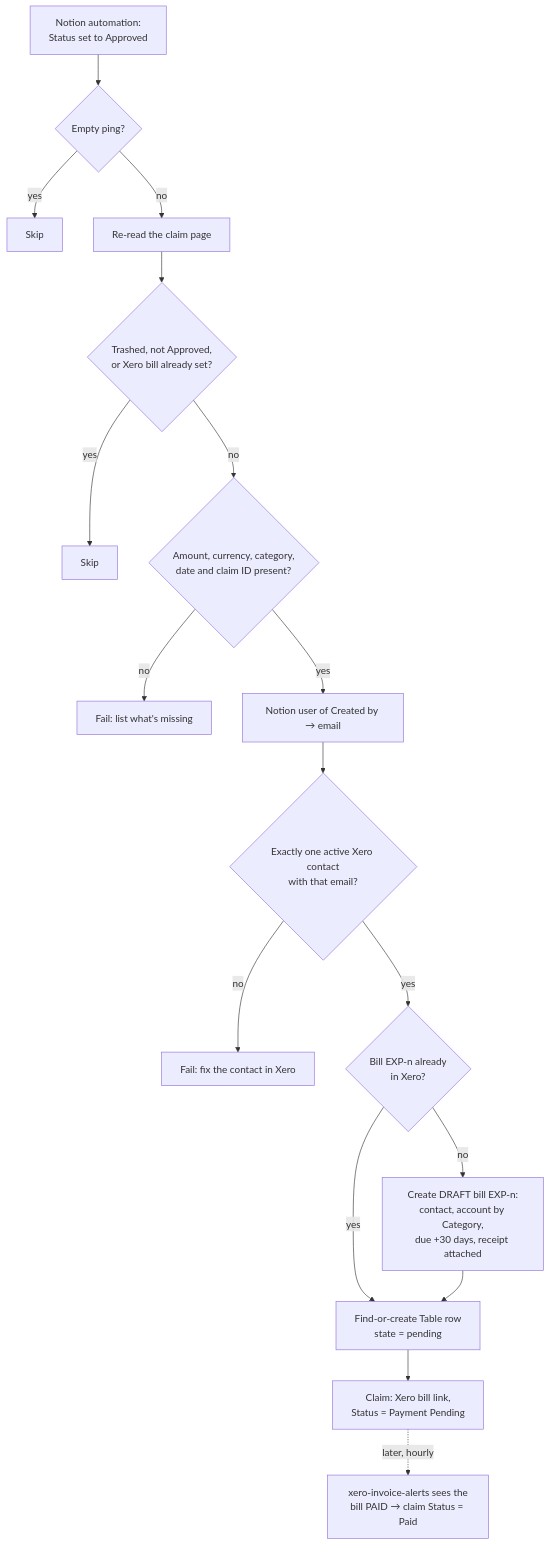
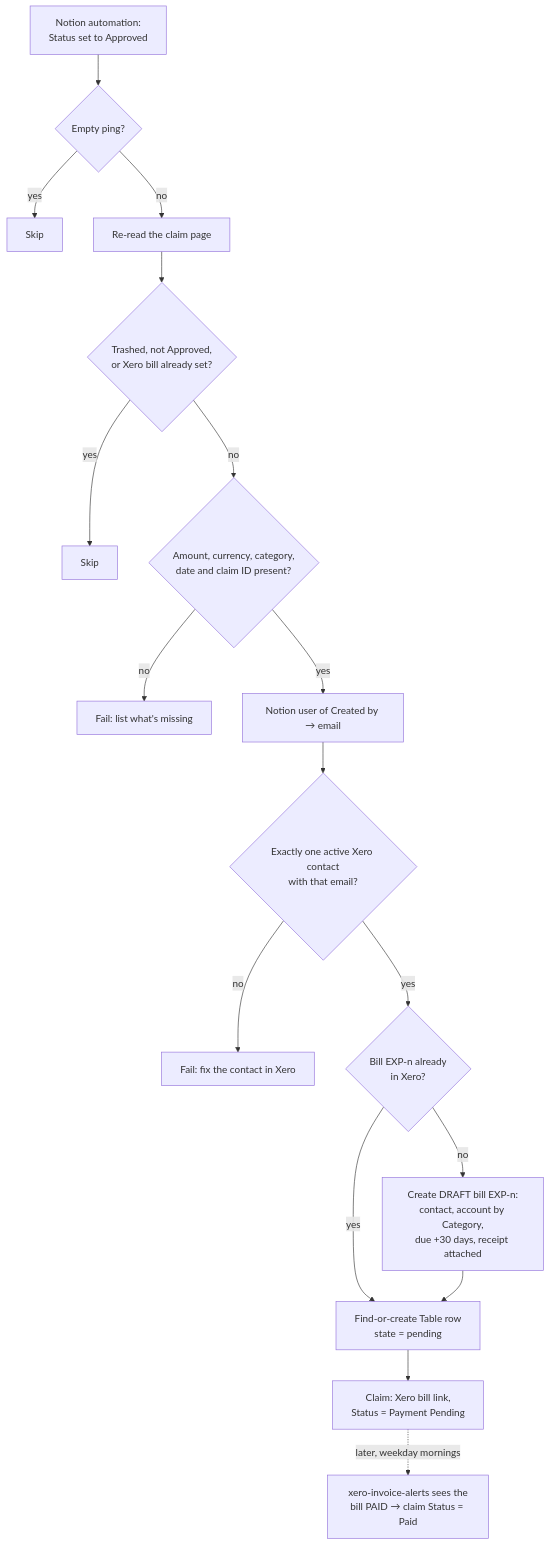
One commit to work-flowers/zapier-sdk changed the diagram in expense-claim-to-xero-bill/README.md. Above: the diagram before and after it, drawn with Mermaid. The commit also changed other lines of this file and 16 other files, not shown here.

````diff
--- a/expense-claim-to-xero-bill/README.md
+++ b/expense-claim-to-xero-bill/README.md
@@ -14,19 +14,19 @@
 ```mermaid
 flowchart TD
   T[Notion automation:<br/>Status set to Approved] --> P{Empty ping?}
   P -- yes --> S0[Skip]
   P -- no --> R[Re-read the claim page]
   R --> G{Trashed, not Approved,<br/>or Xero bill already set?}
   G -- yes --> S[Skip]
   G -- no --> V{Amount, currency, category,<br/>date and claim ID present?}
   V -- no --> E1[Fail: list what's missing]
   V -- yes --> U[Notion user of Created by → email]
   U --> C{Exactly one active Xero contact<br/>with that email?}
   C -- no --> E2[Fail: fix the contact in Xero]
   C -- yes --> X{Bill EXP-n already<br/>in Xero?}
   X -- yes --> TB[Find-or-create Table row<br/>state = pending]
   X -- no --> B[Create DRAFT bill EXP-n:<br/>contact, account by Category,<br/>due +30 days, receipt attached]
   B --> TB
   TB --> W[Claim: Xero bill link,<br/>Status = Payment Pending]
-  W -. later, hourly .-> A[xero-invoice-alerts sees the<br/>bill PAID → claim Status = Paid]
+  W -. later, weekday mornings .-> A[xero-invoice-alerts sees the<br/>bill PAID → claim Status = Paid]
 ```
````
